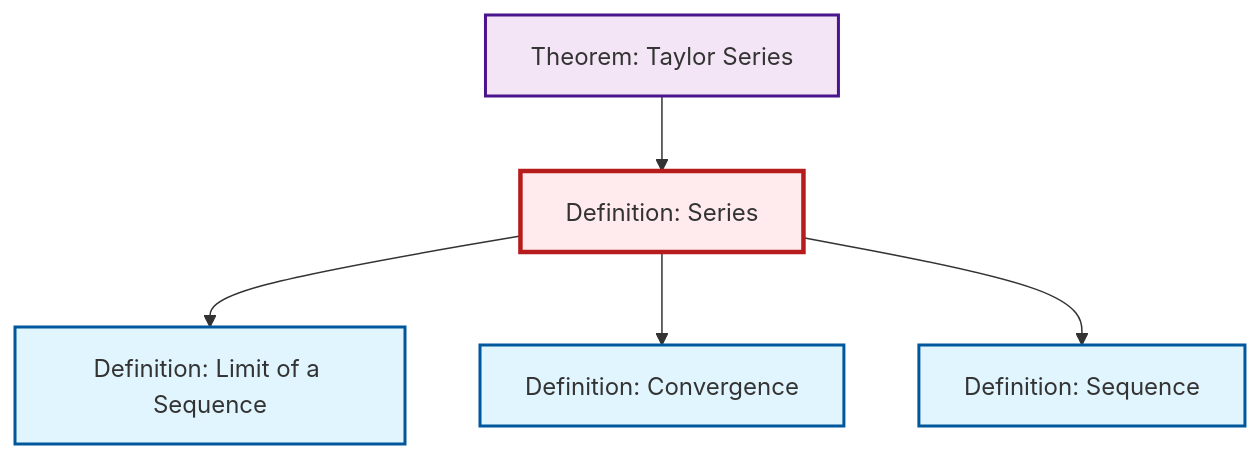
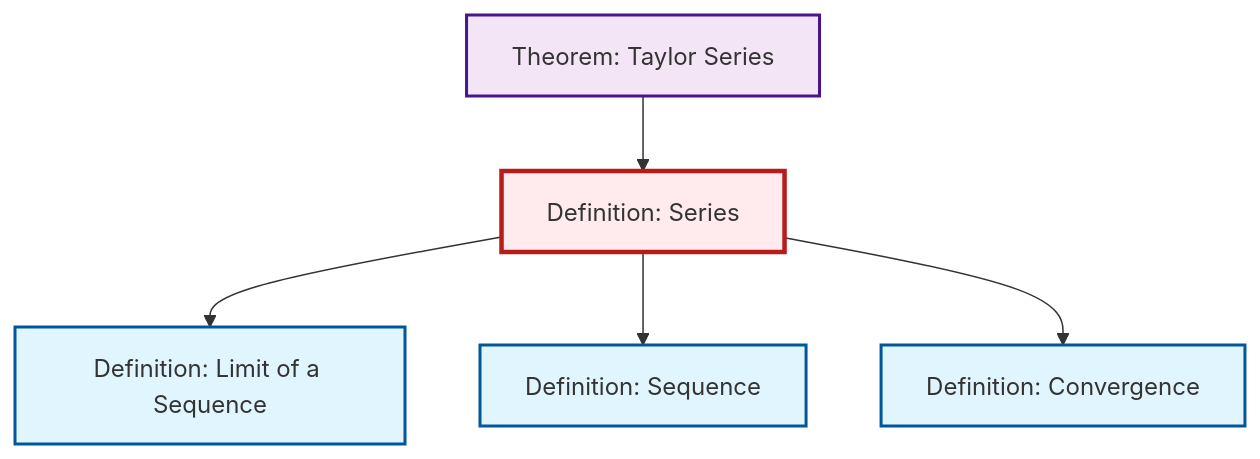
Before and after one commit to RK0429/ModernMath: the diagram in content/en/analysis/def-series.qmd, drawn with Mermaid. The commit also changed other lines of this file and 10 other files, not shown here.

````diff
--- a/content/en/analysis/def-series.qmd
+++ b/content/en/analysis/def-series.qmd
@@ -90,23 +90,23 @@
 ```{mermaid}
 %%| fig-cap: "Local dependency graph"
 graph TD
     classDef definition fill:#e1f5fe,stroke:#01579b,stroke-width:2px
     classDef theorem fill:#f3e5f5,stroke:#4a148c,stroke-width:2px
     classDef axiom fill:#fff3e0,stroke:#e65100,stroke-width:2px
     classDef example fill:#e8f5e9,stroke:#1b5e20,stroke-width:2px
     classDef current fill:#ffebee,stroke:#b71c1c,stroke-width:3px
+    def-convergence["Definition: Convergence"]:::definition
+    thm-taylor-series["Theorem: Taylor Series"]:::theorem
+    def-series["Definition: Series"]:::definition
     def-sequence["Definition: Sequence"]:::definition
-    def-series["Definition: Series"]:::definition
-    thm-taylor-series["Theorem: Taylor Series"]:::theorem
     def-limit["Definition: Limit of a Sequence"]:::definition
-    def-convergence["Definition: Convergence"]:::definition
     def-series --> def-limit
+    thm-taylor-series --> def-series
+    def-series --> def-sequence
     def-series --> def-convergence
-    def-series --> def-sequence
-    thm-taylor-series --> def-series
     class def-series current
+    click def-convergence "def-convergence.html" "Go to Convergence definition"
+    click thm-taylor-series "thm-taylor-series.html" "Go to Taylor Series theorem"
     click def-sequence "def-sequence.html" "Go to Sequence definition"
-    click thm-taylor-series "thm-taylor-series.html" "Go to Taylor Series theorem"
     click def-limit "def-limit.html" "Go to Limit of a Sequence definition"
-    click def-convergence "def-convergence.html" "Go to Convergence definition"
 ```
````
